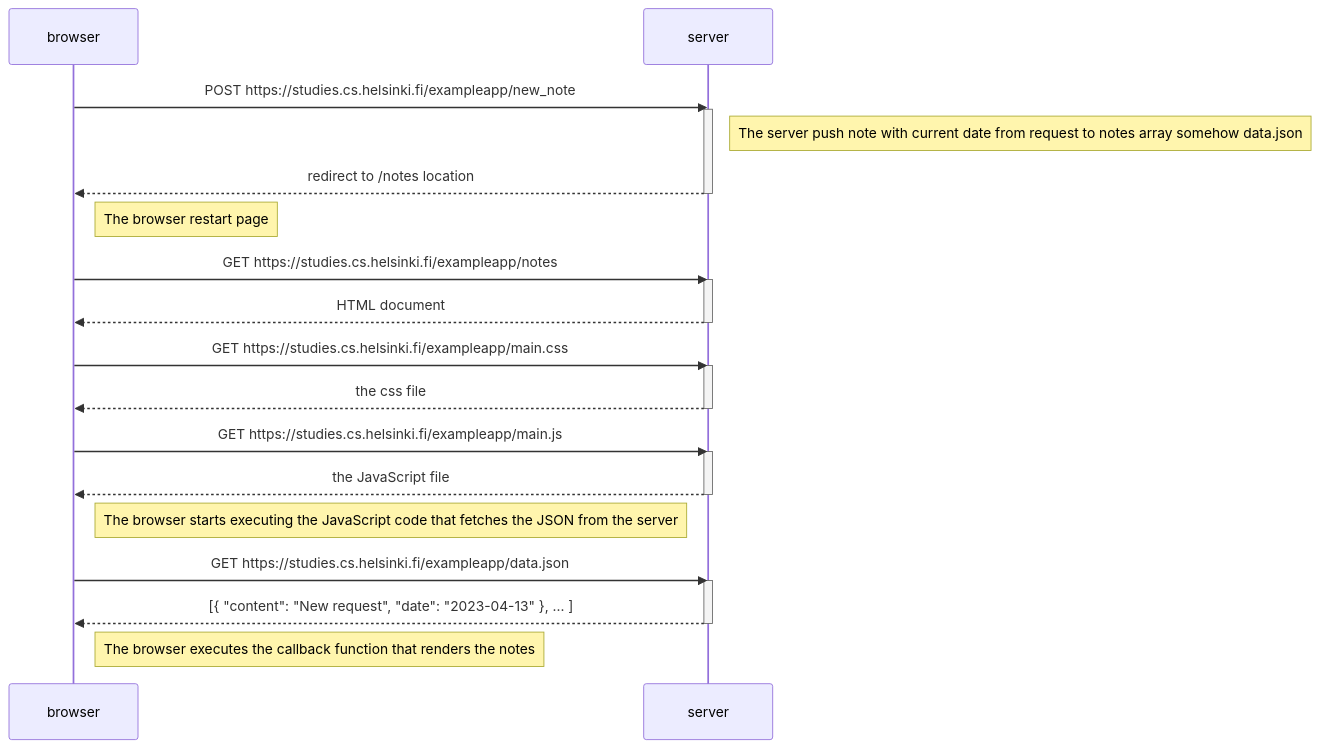
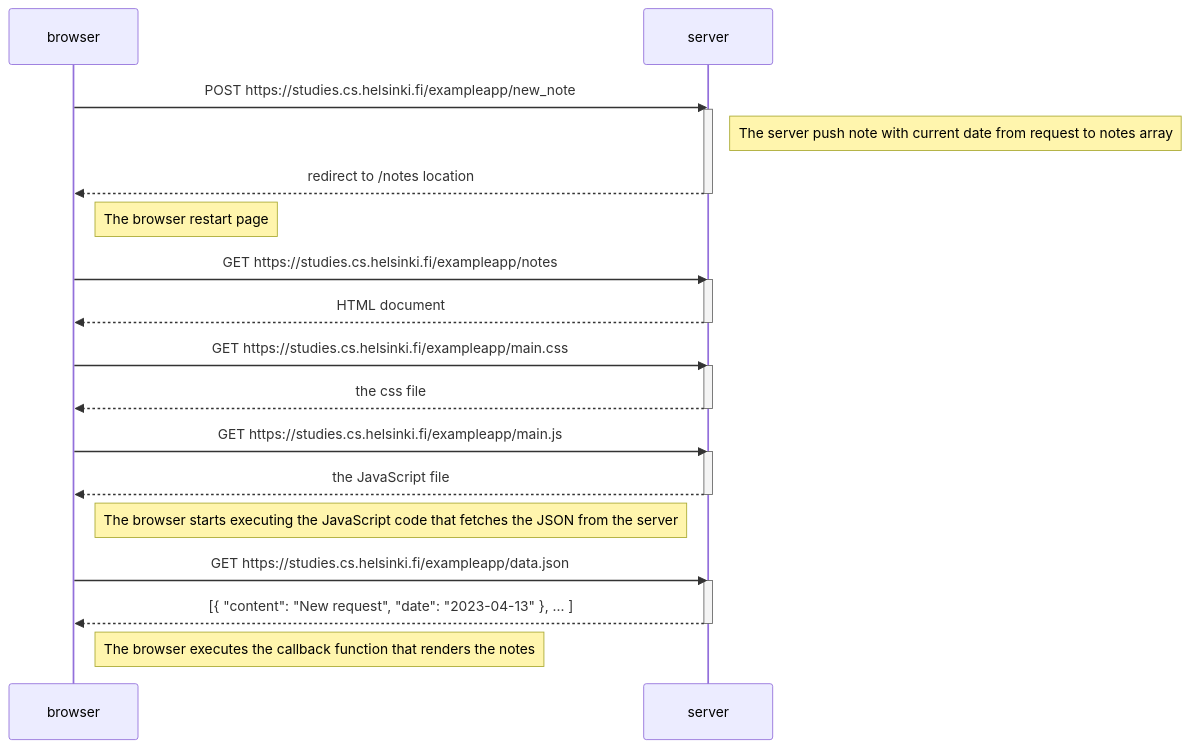
The diagram in part0/0.4 New note diagram.md (0xrwx/fullstackopen), drawn with Mermaid before and after one commit.

````diff
--- a/part0/0.4 New note diagram.md
+++ b/part0/0.4 New note diagram.md
@@ -1,38 +1,38 @@
 ```mermaid
 sequenceDiagram
   participant browser
   participant server
 
   browser->>server: POST https://studies.cs.helsinki.fi/exampleapp/new_note
   activate server
-  note right of server: The server push note with current date from request to notes array somehow data.json
+  note right of server: The server push note with current date from request to notes array
   server-->>browser: redirect to /notes location
   deactivate server
 
   note right of browser: The browser restart page
 
   browser->>server: GET https://studies.cs.helsinki.fi/exampleapp/notes
   activate server
   server-->>browser: HTML document
   deactivate server
 
   browser->>server: GET https://studies.cs.helsinki.fi/exampleapp/main.css
   activate server
   server-->>browser: the css file
   deactivate server
 
   browser->>server: GET https://studies.cs.helsinki.fi/exampleapp/main.js
   activate server
   server-->>browser: the JavaScript file
   deactivate server
 
   Note right of browser: The browser starts executing the JavaScript code that fetches the JSON from the server
 
   browser->>server: GET https://studies.cs.helsinki.fi/exampleapp/data.json
   activate server
   server-->>browser: [{ "content": "New request", "date": "2023-04-13" }, ... ]
   deactivate server
 
   note right of browser: The browser executes the callback function that renders the notes
 
 ```
````
